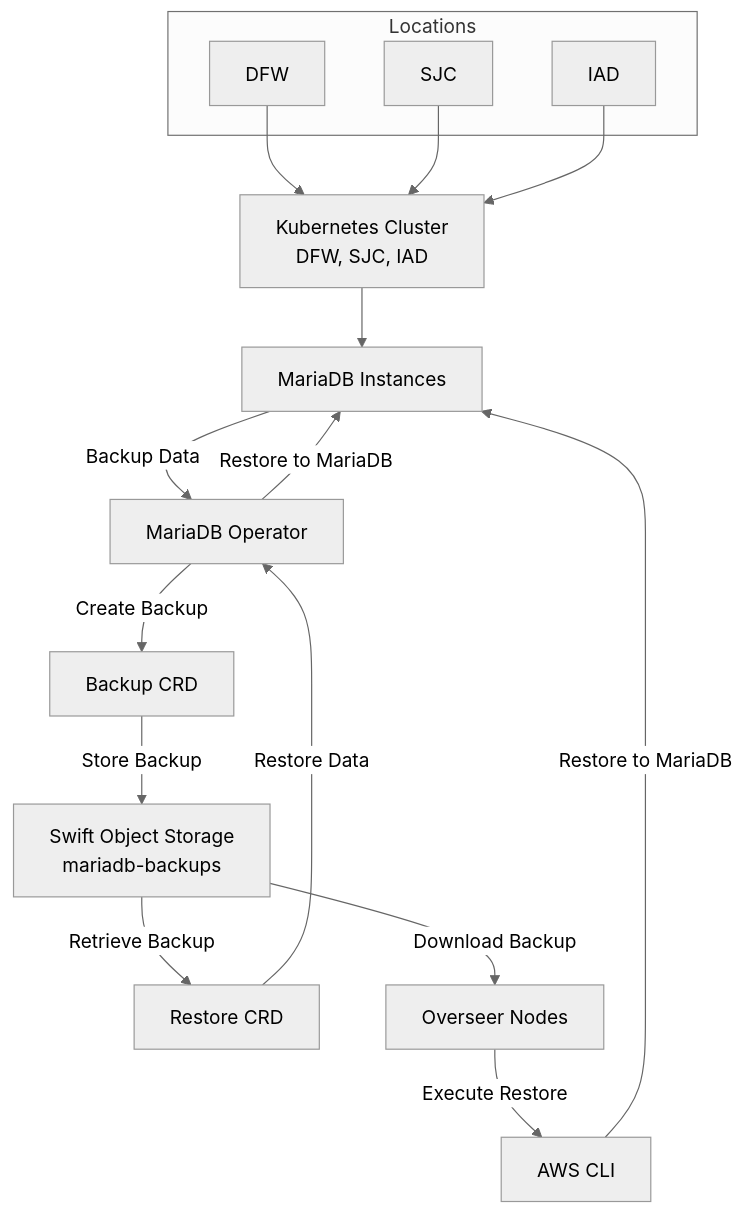
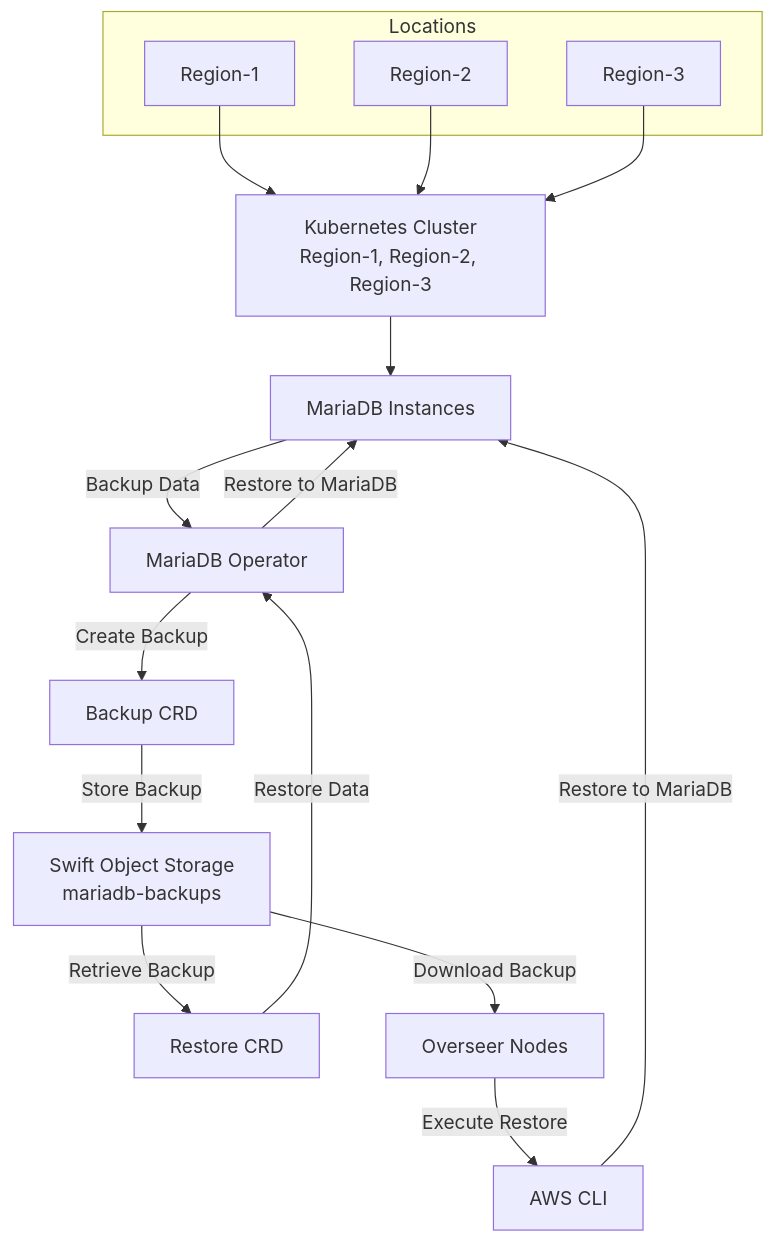
Before and after one commit to OpenStackKen/genestack: the diagram in docs/content/operations-guide/infrastructure/mariadb/mariadb-backuprestore-from-tempauth.md, drawn with Mermaid. The commit also changed other lines of this file and 123 other files, not shown here.

````diff
--- a/docs/content/operations-guide/infrastructure/mariadb/mariadb-backuprestore-from-tempauth.md
+++ b/docs/content/operations-guide/infrastructure/mariadb/mariadb-backuprestore-from-tempauth.md
@@ -20,30 +54,24 @@
 ```mermaid
----
-config:
-  theme: neutral
-  flowchart:
-    curve: basis
----
 graph TD
 
     subgraph Locations
-        I[DFW]
-        J[SJC]
-        K[IAD]
+        I[Region-1]
+        J[Region-2]
+        K[Region-3]
     end
 
-    A["Kubernetes Cluster<br>DFW, SJC, IAD"] --> B[MariaDB Instances]
+    A["Kubernetes Cluster<br>Region-1, Region-2, Region-3"] --> B[MariaDB Instances]
     B -->|Backup Data| C[MariaDB Operator]
     C -->|Create Backup| D[Backup CRD]
     D -->|Store Backup| E["Swift Object Storage<br>mariadb-backups"]
     E -->|Retrieve Backup| F[Restore CRD]
     F -->|Restore Data| C
     C -->|Restore to MariaDB| B
     E -->|Download Backup| G[Overseer Nodes]
     G -->|Execute Restore| H[AWS CLI]
     H -->|Restore to MariaDB| B
 
     I --> A
     J --> A
     K --> A
 ```
````
